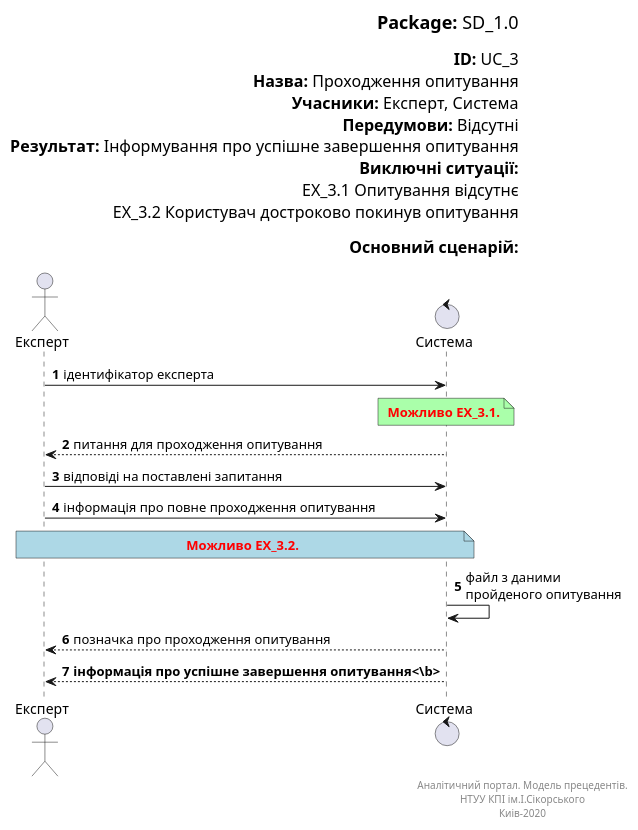
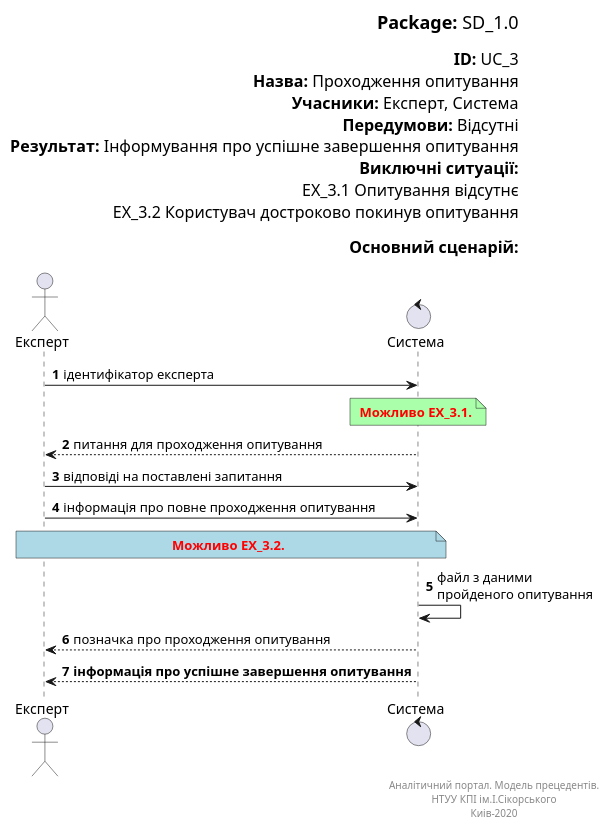
The diagram in SD_1.puml (vano7577/UML), drawn with PlantUML before and after one commit.

```diff
--- a/SD_1.puml
+++ b/SD_1.puml
@@ -1,45 +1,45 @@
 @startuml SD_1.0
 
 left header
 <font color=000 size=18><b>Package:</b> SD_1.0
 
 <font color=000 size=16><b>ID:</b> UC_3
 <font color=000 size=16><b>Назва:</b> Проходження опитування
 <font color=000 size=16><b>Учасники:</b> Експерт, Система
 <font color=000 size=16><b>Передумови:</b> Відсутні
 <font color=000 size=16><b>Результат:</b> Інформування про успішне завершення опитування
 <font color=000 size=16><b>Виключні ситуації:</b>
 <font color=000 size=16> EX_3.1 Опитування відсутнє
 <font color=000 size=16> EX_3.2 Користувач достроково покинув опитування
 
 <font color=000 size=16><b>Основний сценарій:</b>
 
 end header
 actor "Експерт" as expert
 control "Система" as system
 autonumber
 expert->system: ідентифікатор експерта
 
 note over system #aaffaa
 <font color=red><b> Можливо EX_3.1.
 end note
 
 system --> expert:питання для проходження опитування
 expert ->system:відповіді на поставлені запитання
 expert -> system:інформація про повне проходження опитування
 
 note over system, expert #LightBlue
 <font color=red><b> Можливо EX_3.2.
 end note
 
 system -> system :файл з даними\nпройденого опитування
 system --> expert :позначка про проходження опитування
-system --> expert :<b>інформація про успішне завершення опитування<\b>
+system --> expert :<b>інформація про успішне завершення опитування
 
 right footer
 Аналітичний портал. Модель прецедентів.
 НТУУ КПІ ім.І.Сікорського
 Киів-2020
 end footer
 
 @enduml
```
